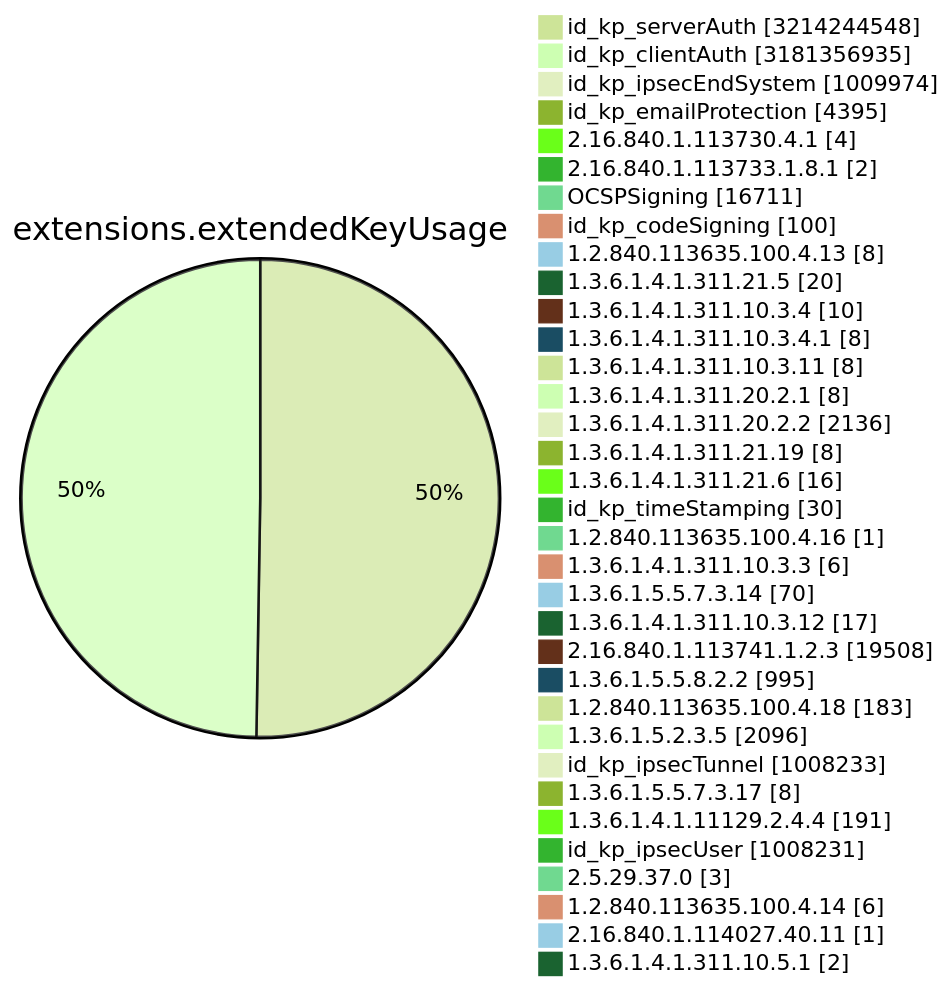
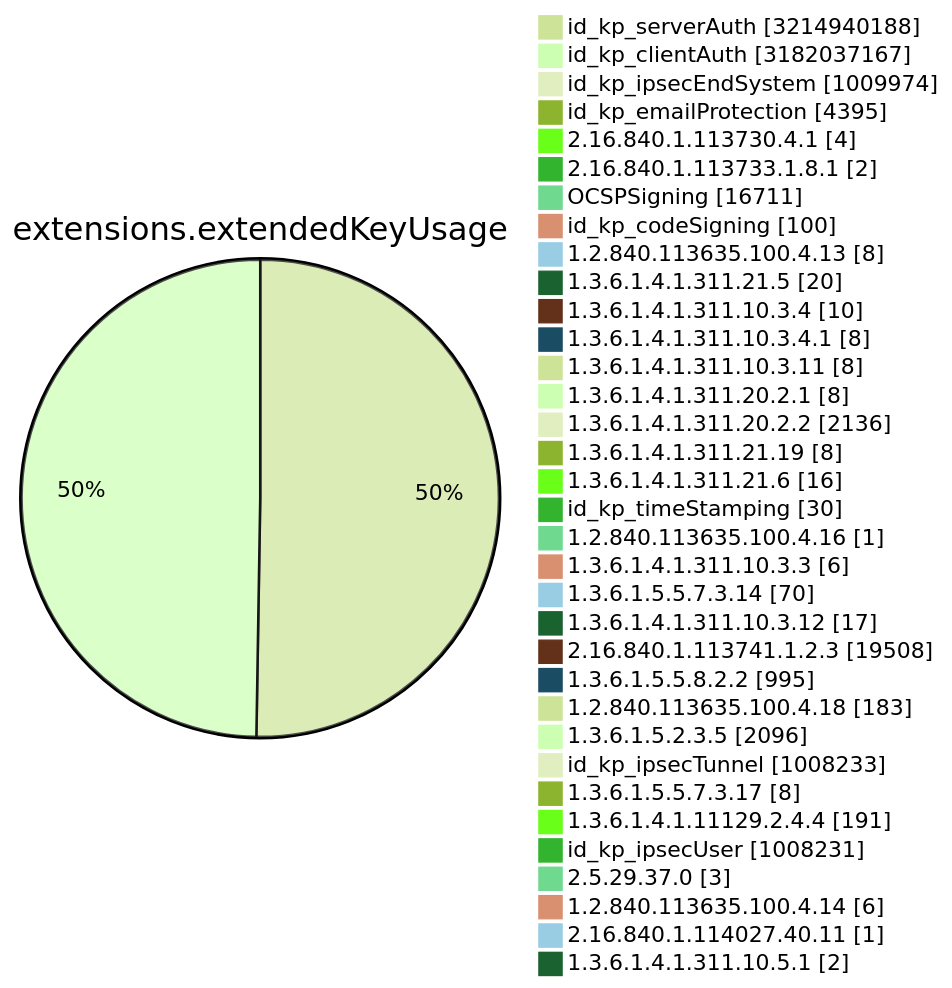
Diagram 11 of 15 in TOTAL/README.md (christiankrug/ctmonitor_visualization), drawn with Mermaid (forest theme) before and after one commit. The commit also changed other lines of this file, not shown here.

````diff
--- a/TOTAL/README.md
+++ b/TOTAL/README.md
@@ -4119,38 +4119,38 @@
 ```mermaid
 pie showData
 title extensions.extendedKeyUsage
-"id_kp_serverAuth" :3214244548
-"id_kp_clientAuth" :3181356935
+"id_kp_serverAuth" :3214940188
+"id_kp_clientAuth" :3182037167
 "id_kp_ipsecEndSystem" :1009974
 "id_kp_emailProtection" :4395
 "2.16.840.1.113730.4.1" :4
 "2.16.840.1.113733.1.8.1" :2
 "OCSPSigning" :16711
 "id_kp_codeSigning" :100
 "1.2.840.113635.100.4.13" :8
 "1.3.6.1.4.1.311.21.5" :20
 "1.3.6.1.4.1.311.10.3.4" :10
 "1.3.6.1.4.1.311.10.3.4.1" :8
 "1.3.6.1.4.1.311.10.3.11" :8
 "1.3.6.1.4.1.311.20.2.1" :8
 "1.3.6.1.4.1.311.20.2.2" :2136
 "1.3.6.1.4.1.311.21.19" :8
 "1.3.6.1.4.1.311.21.6" :16
 "id_kp_timeStamping" :30
 "1.2.840.113635.100.4.16" :1
 "1.3.6.1.4.1.311.10.3.3" :6
 "1.3.6.1.5.5.7.3.14" :70
 "1.3.6.1.4.1.311.10.3.12" :17
 "2.16.840.1.113741.1.2.3" :19508
 "1.3.6.1.5.5.8.2.2" :995
 "1.2.840.113635.100.4.18" :183
 "1.3.6.1.5.2.3.5" :2096
 "id_kp_ipsecTunnel" :1008233
 "1.3.6.1.5.5.7.3.17" :8
 "1.3.6.1.4.1.11129.2.4.4" :191
 "id_kp_ipsecUser" :1008231
 "2.5.29.37.0" :3
 "1.2.840.113635.100.4.14" :6
 "2.16.840.1.114027.40.11" :1
 "1.3.6.1.4.1.311.10.5.1" :2
 ```
````
